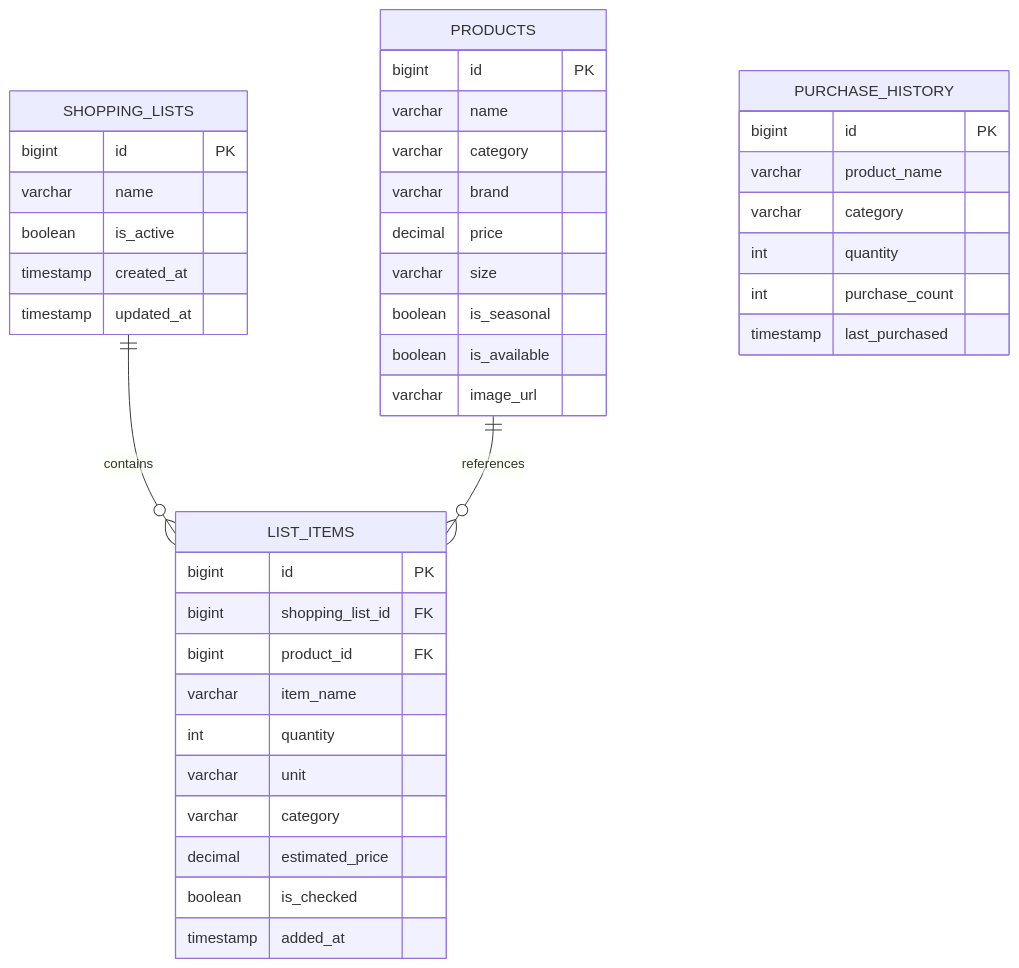
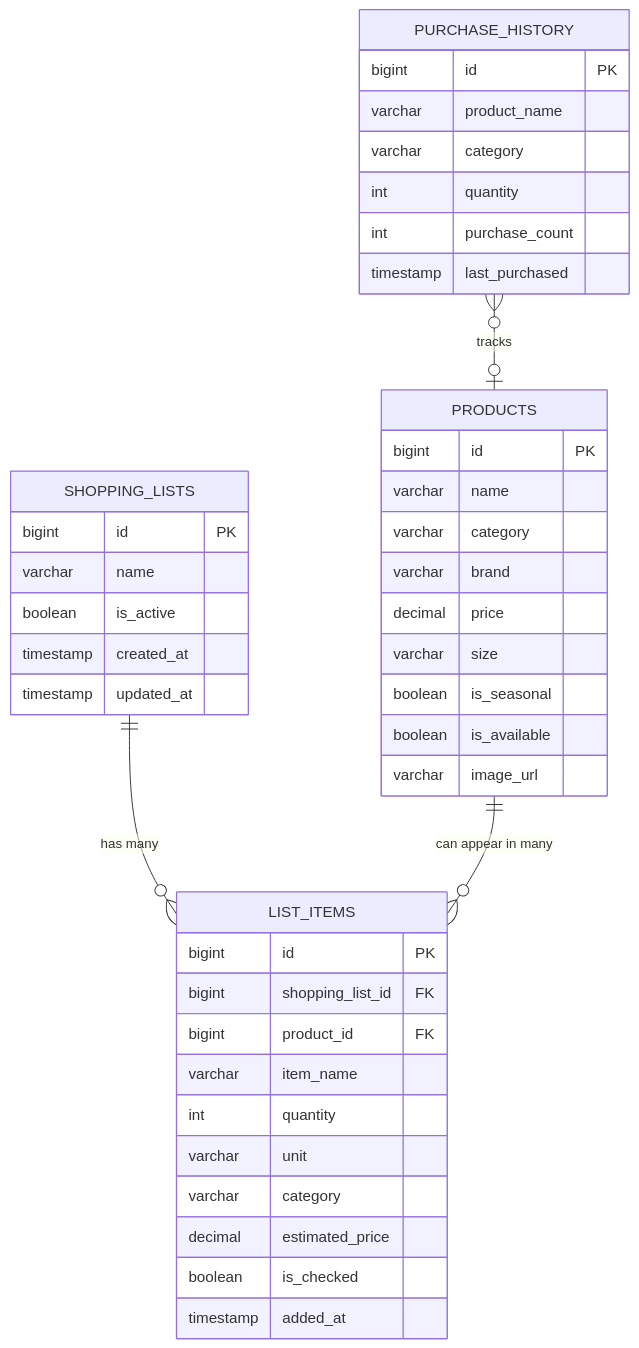
Before and after one commit to nikita-salunke4578/Voice-Command-Shopping-Assistant: the diagram in README.md, drawn with Mermaid. The commit also changed other lines of this file, not shown here.

````diff
--- a/README.md
+++ b/README.md
@@ -149,47 +149,48 @@
 ```mermaid
 erDiagram
     PRODUCTS {
         bigint id PK
         varchar name
         varchar category
         varchar brand
         decimal price
         varchar size
         boolean is_seasonal
         boolean is_available
         varchar image_url
     }
 
     SHOPPING_LISTS {
         bigint id PK
         varchar name
         boolean is_active
         timestamp created_at
         timestamp updated_at
     }
 
     LIST_ITEMS {
         bigint id PK
         bigint shopping_list_id FK
         bigint product_id FK
         varchar item_name
         int quantity
         varchar unit
         varchar category
         decimal estimated_price
         boolean is_checked
         timestamp added_at
     }
 
     PURCHASE_HISTORY {
         bigint id PK
         varchar product_name
         varchar category
         int quantity
         int purchase_count
         timestamp last_purchased
     }
 
-    SHOPPING_LISTS ||--o{ LIST_ITEMS : "contains"
-    PRODUCTS ||--o{ LIST_ITEMS : "references"
+    SHOPPING_LISTS ||--o{ LIST_ITEMS : "has many"
+    PRODUCTS ||--o{ LIST_ITEMS : "can appear in many"
+    PURCHASE_HISTORY }o--o| PRODUCTS : "tracks"
 ```
````
